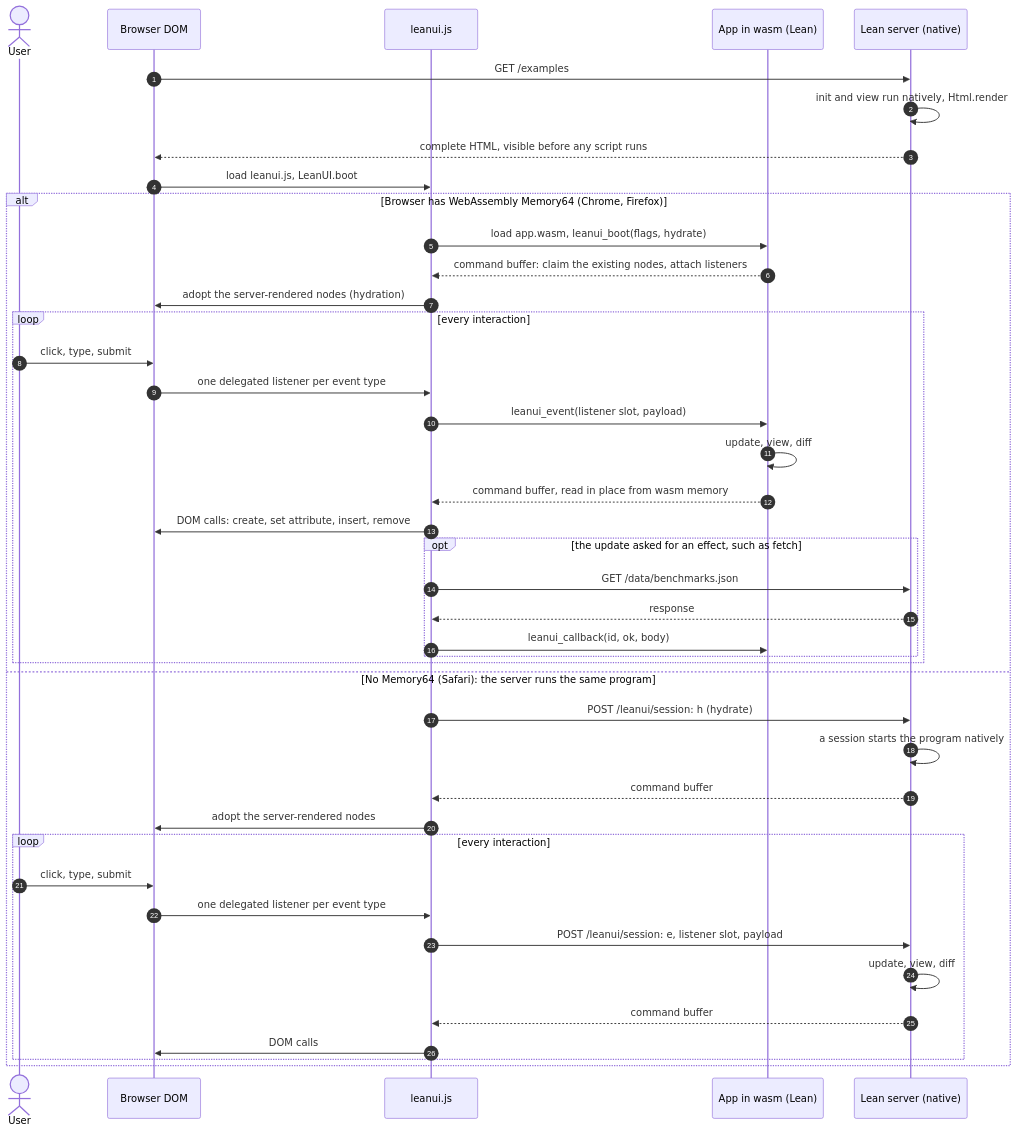
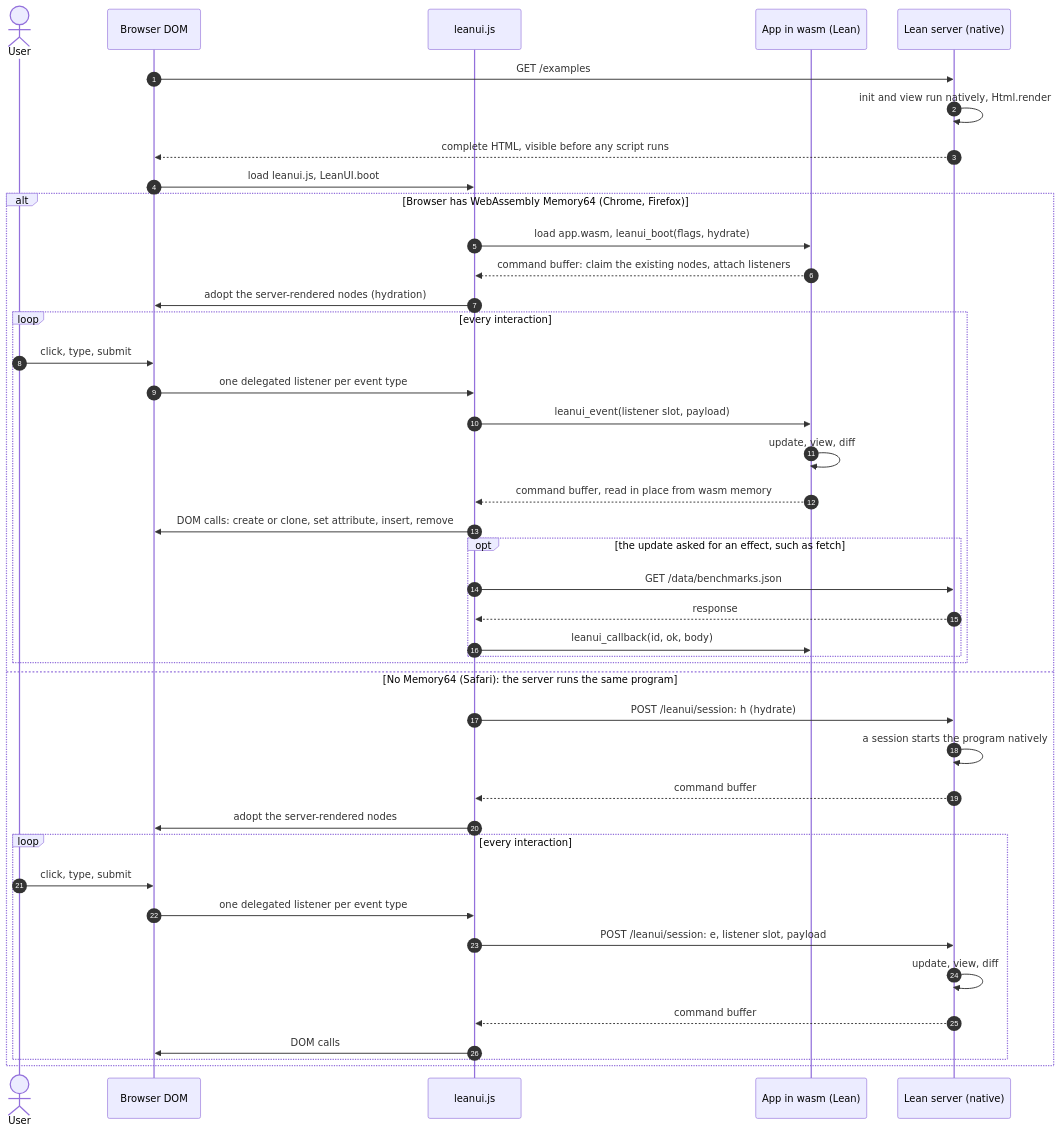
One commit to FawadHa1der/leanui changed the second of 2 diagrams in README.md. Above: the diagram before and after it, drawn with Mermaid. The commit also changed other lines of this file and 6 other files, not shown here.

````diff
--- a/README.md
+++ b/README.md
@@ -64,45 +64,45 @@
 ```mermaid
 sequenceDiagram
   autonumber
   actor U as User
   participant B as Browser DOM
   participant J as leanui.js
   participant W as App in wasm (Lean)
   participant S as Lean server (native)
 
   B->>S: GET /examples
   S->>S: init and view run natively, Html.render
   S-->>B: complete HTML, visible before any script runs
   B->>J: load leanui.js, LeanUI.boot
   alt Browser has WebAssembly Memory64 (Chrome, Firefox)
     J->>W: load app.wasm, leanui_boot(flags, hydrate)
     W-->>J: command buffer: claim the existing nodes, attach listeners
     J->>B: adopt the server-rendered nodes (hydration)
     loop every interaction
       U->>B: click, type, submit
       B->>J: one delegated listener per event type
       J->>W: leanui_event(listener slot, payload)
       W->>W: update, view, diff
       W-->>J: command buffer, read in place from wasm memory
-      J->>B: DOM calls: create, set attribute, insert, remove
+      J->>B: DOM calls: create or clone, set attribute, insert, remove
       opt the update asked for an effect, such as fetch
         J->>S: GET /data/benchmarks.json
         S-->>J: response
         J->>W: leanui_callback(id, ok, body)
       end
     end
   else No Memory64 (Safari): the server runs the same program
     J->>S: POST /leanui/session: h (hydrate)
     S->>S: a session starts the program natively
     S-->>J: command buffer
     J->>B: adopt the server-rendered nodes
     loop every interaction
       U->>B: click, type, submit
       B->>J: one delegated listener per event type
       J->>S: POST /leanui/session: e, listener slot, payload
       S->>S: update, view, diff
       S-->>J: command buffer
       J->>B: DOM calls
     end
   end
 ```
````
